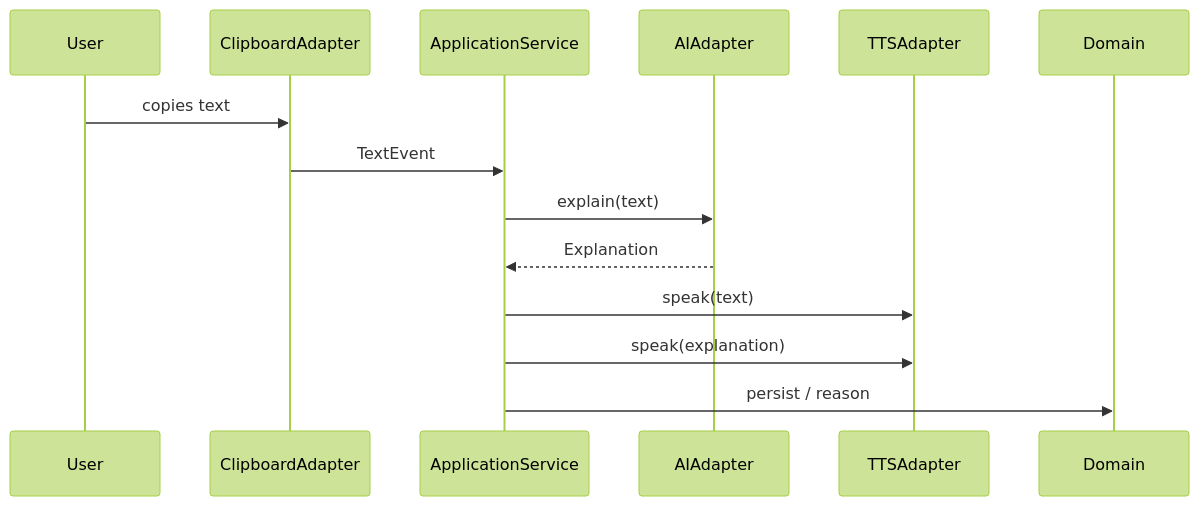
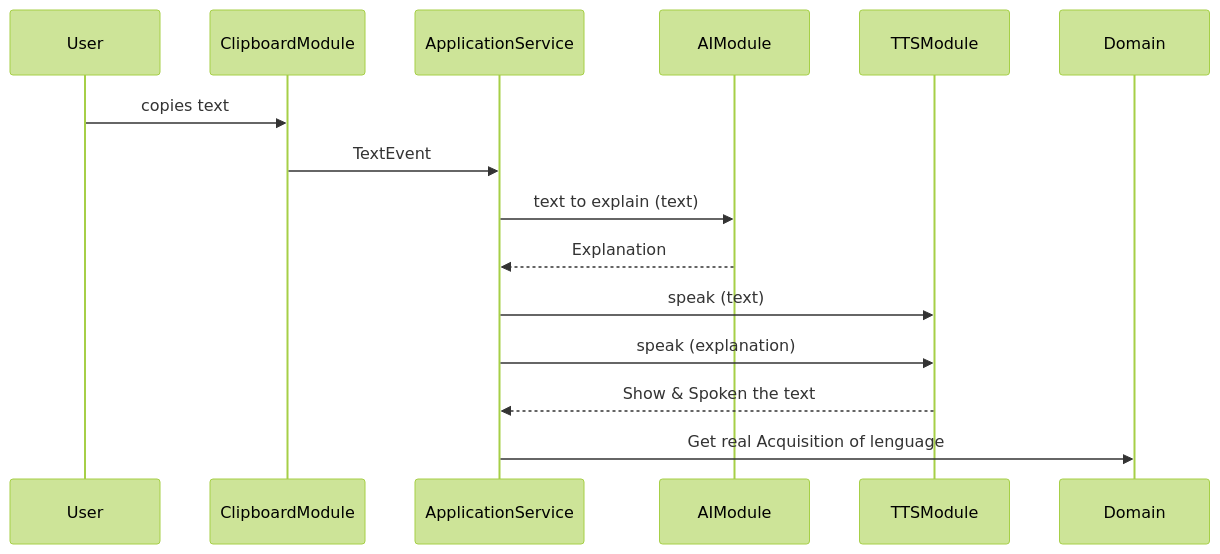
One commit to JavierJoC/ExplainMe changed the diagram in doc/Diagrams/SecuenceFlow.mmd. Above: the diagram before and after it, drawn with Mermaid (forest theme). The commit also changed other lines of this file and 2 other files, not shown here.

```diff
--- a/doc/Diagrams/SecuenceFlow.mmd
+++ b/doc/Diagrams/SecuenceFlow.mmd
@@ -1,15 +1,16 @@
 sequenceDiagram
     participant User
-    participant ClipboardAdapter
+    participant ClipboardModule
     participant ApplicationService
-    participant AIAdapter
-    participant TTSAdapter
+    participant AIModule
+    participant TTSModule
     participant Domain
 
-    User->>ClipboardAdapter: copies text
-    ClipboardAdapter->>ApplicationService: TextEvent
-    ApplicationService->>AIAdapter: explain(text)
-    AIAdapter-->>ApplicationService: Explanation
-    ApplicationService->>TTSAdapter: speak(text)
-    ApplicationService->>TTSAdapter: speak(explanation)
-    ApplicationService->>Domain: persist / reason
+    User->>ClipboardModule: copies text
+    ClipboardModule->>ApplicationService: TextEvent
+    ApplicationService->>AIModule: text to explain (text)
+    AIModule-->>ApplicationService: Explanation
+    ApplicationService->>TTSModule: speak (text)
+    ApplicationService->>TTSModule: speak (explanation)
+    TTSModule-->>ApplicationService: Show & Spoken the text 
+    ApplicationService->>Domain: Get real Acquisition of lenguage
```
